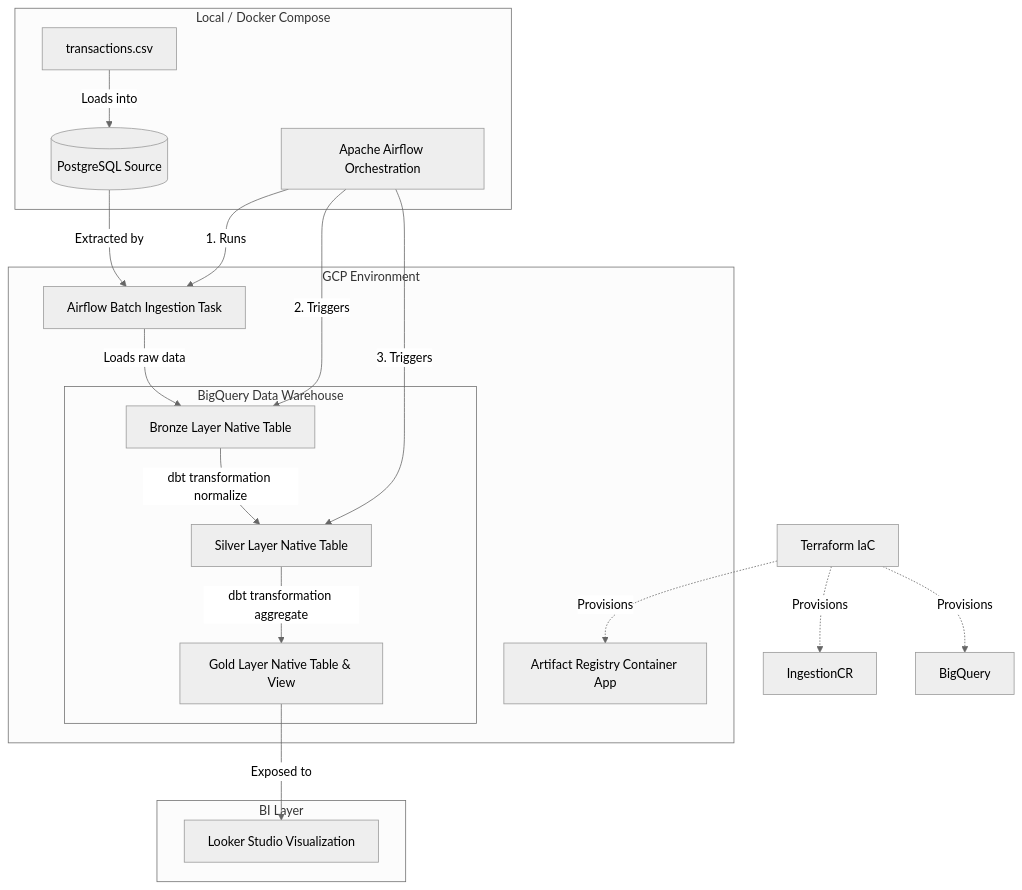
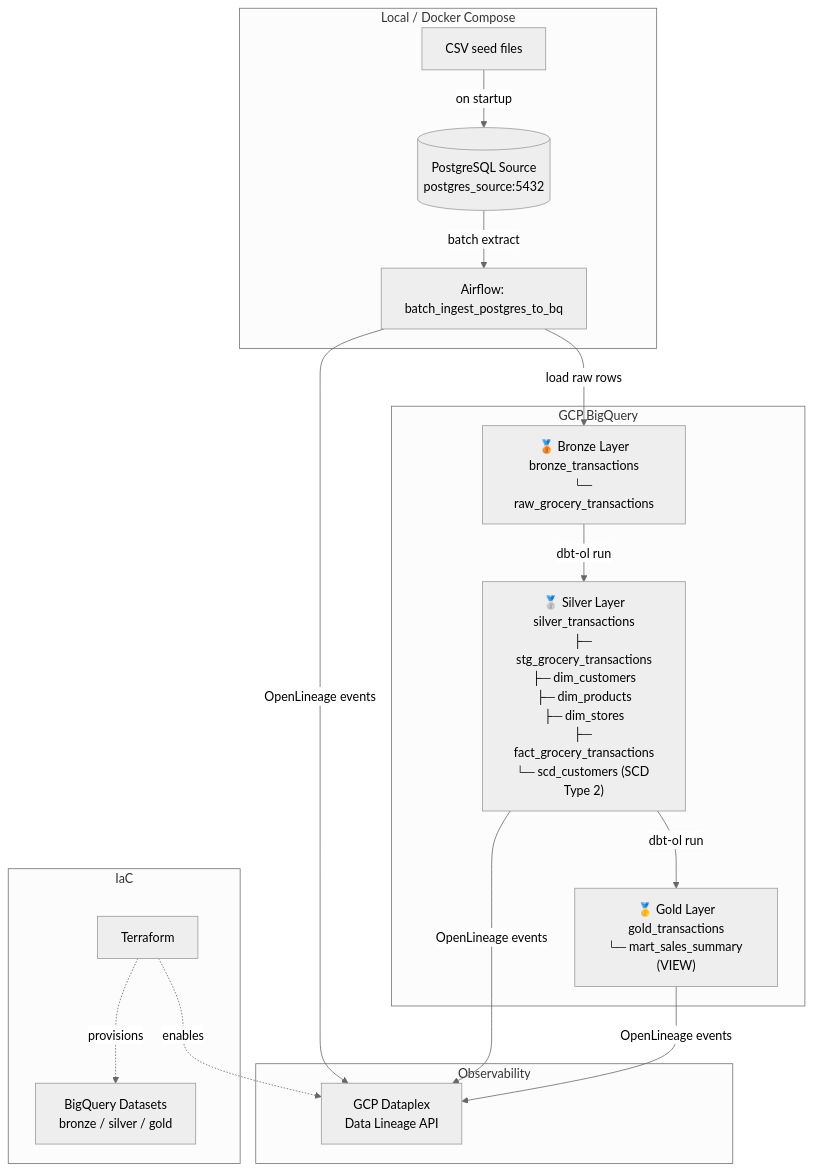
The diagram in README.md (realrme/GCP-E2E-DATA-PIPEPLINE), drawn with Mermaid (neutral theme) before and after one commit. The commit also changed other lines of this file and 9 other files, not shown here.

````diff
--- a/README.md
+++ b/README.md
@@ -7,36 +9,24 @@
 ```mermaid
 graph TD
-    subgraph Local / Docker Compose
-        CSV[transactions.csv] -->|Loads into| DB[(PostgreSQL Source)]
-        Airflow[Apache Airflow Orchestration]
+    subgraph "Local / Docker Compose"
+        CSV[CSV seed files] -->|on startup| PG[(PostgreSQL Source\npostgres_source:5432)]
+        PG -->|batch extract| INGEST[Airflow: batch_ingest_postgres_to_bq]
     end
 
-    subgraph GCP Environment
-        LocalIngestion[Airflow Batch Ingestion Task]
-        ArtifactRegistry[Artifact Registry Container App]
-        
-        subgraph BigQuery Data Warehouse
-            Bronze[Bronze Layer Native Table]
-            Silver[Silver Layer Native Table]
-            Gold[Gold Layer Native Table & View]
-        end
+    subgraph "GCP BigQuery"
+        INGEST -->|load raw rows| BRONZE["🥉 Bronze Layer\nbronze_transactions\n└─ raw_grocery_transactions"]
+        BRONZE -->|dbt-ol run| SILVER["🥈 Silver Layer\nsilver_transactions\n├─ stg_grocery_transactions\n├─ dim_customers\n├─ dim_products\n├─ dim_stores\n├─ fact_grocery_transactions\n└─ scd_customers (SCD Type 2)"]
+        SILVER -->|dbt-ol run| GOLD["🥇 Gold Layer\ngold_transactions\n└─ mart_sales_summary (VIEW)"]
     end
 
-    subgraph BI Layer
-        Looker[Looker Studio Visualization]
+    subgraph "Observability"
+        INGEST -->|OpenLineage events| DPX[GCP Dataplex\nData Lineage API]
+        SILVER -->|OpenLineage events| DPX
+        GOLD -->|OpenLineage events| DPX
     end
 
-    DB -->|Extracted by| LocalIngestion
-    LocalIngestion -->|Loads raw data| Bronze
-    Bronze -->|dbt transformation normalize| Silver
-    Silver -->|dbt transformation aggregate| Gold
-    Gold -->|Exposed to| Looker
-
-    Airflow -->|1. Runs| LocalIngestion
-    Airflow -->|2. Triggers| Bronze
-    Airflow -->|3. Triggers| Silver
-    
-    Terraform[Terraform IaC] -.->|Provisions| IngestionCR
-    Terraform -.->|Provisions| ArtifactRegistry
-    Terraform -.->|Provisions| BigQuery
+    subgraph "IaC"
+        TF[Terraform] -.->|provisions| BQ_DS[BigQuery Datasets\nbronze / silver / gold]
+        TF -.->|enables| DPX
+    end
 ```
````
